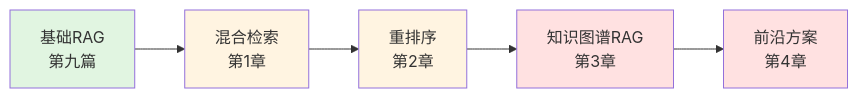
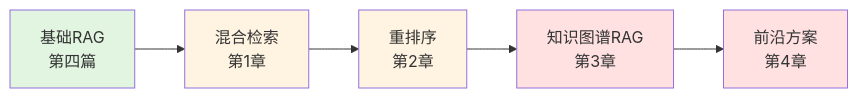
Before and after one commit to LordFoxFairy/NiKo-NoteBook: the first of 2 diagrams in LangChain笔记/第五篇 RAG高级篇(LangChain篇).md, drawn with Mermaid. The commit also changed other lines of this file and 9 other files, not shown here.

````diff
--- a/LangChain笔记/第五篇 RAG高级篇(LangChain篇).md
+++ b/LangChain笔记/第五篇 RAG高级篇(LangChain篇).md
@@ -29,13 +29,13 @@
 ```mermaid
 graph LR
-    A[基础RAG<br/>第九篇] --> B[混合检索<br/>第1章]
+    A[基础RAG<br/>第四篇] --> B[混合检索<br/>第1章]
     B --> C[重排序<br/>第2章]
     C --> D[知识图谱RAG<br/>第3章]
     D --> E[前沿方案<br/>第4章]
 
     style A fill:#e1f5e1
     style B fill:#fff4e1
     style C fill:#fff4e1
     style D fill:#ffe1e1
     style E fill:#ffe1e1
 ```
````
